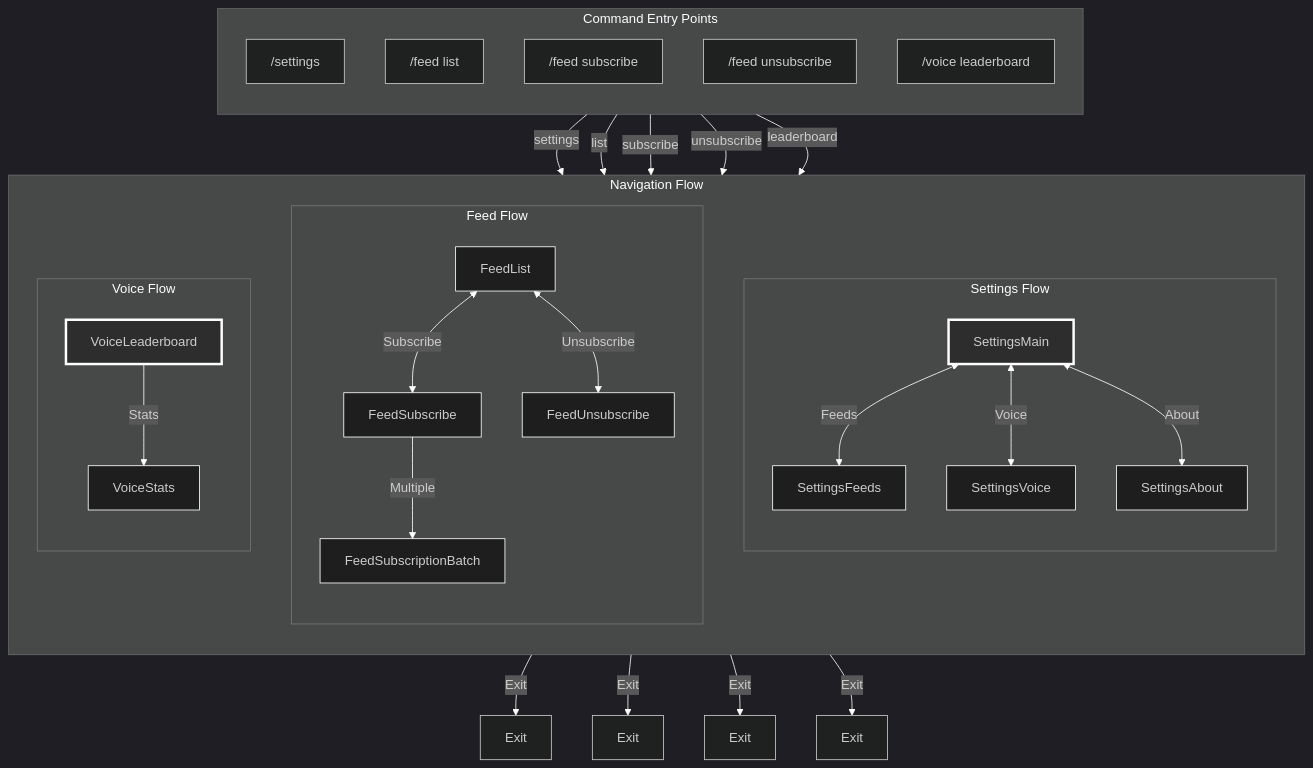
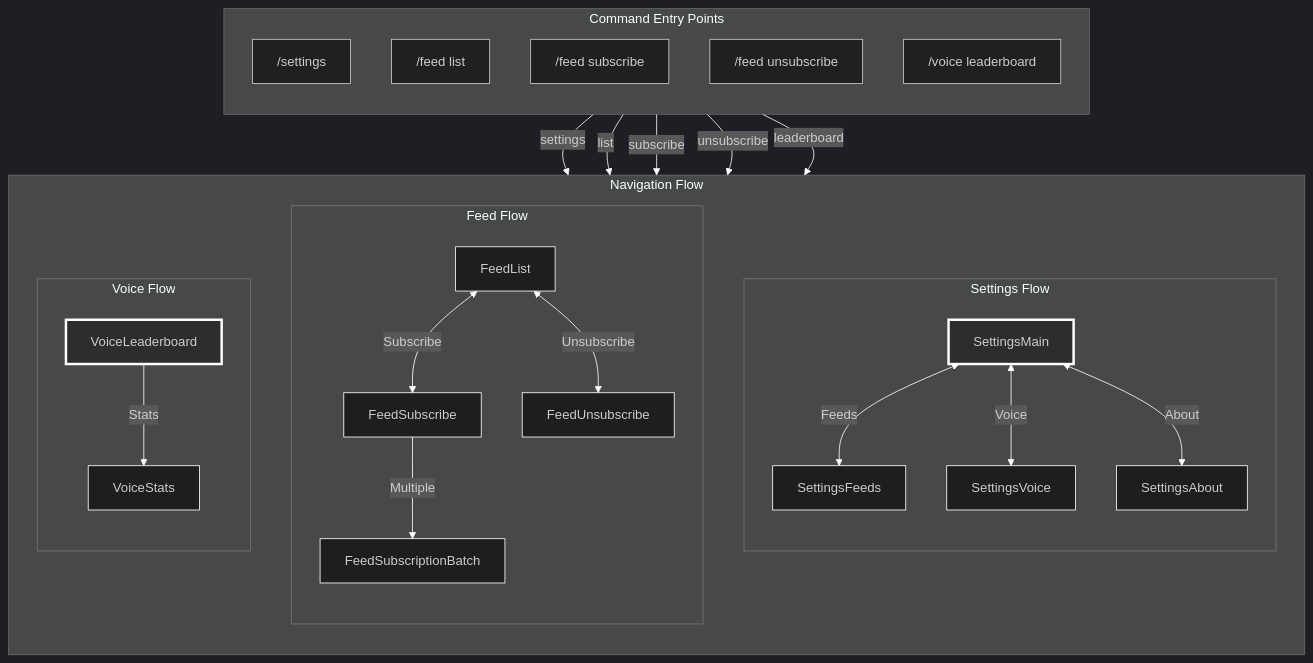
Before and after one commit to FAZuH/pwr-bot: the diagram in docs/diagrams/architecture-view-flow.mmd, drawn with Mermaid. The commit also changed 13 other files, not shown here.

```diff
--- a/docs/diagrams/architecture-view-flow.mmd
+++ b/docs/diagrams/architecture-view-flow.mmd
@@ -1,81 +1,76 @@
 %%{init: {
   'theme': 'dark',
   'themeVariables': {
     'primaryColor': '#1e1e1e',
     'primaryTextColor': '#ffffff',
     'primaryBorderColor': '#ffffff',
     'lineColor': '#ffffff',
     'secondaryColor': '#2d2d2d',
     'tertiaryColor': '#1e1e1e',
     'noteBkgColor': '#2d2d2d',
     'noteTextColor': '#ffffff',
     'noteBorderColor': '#ffffff'
   }
 }}%%
 graph TB
     subgraph Commands["Command Entry Points"]
         direction TB
         SettingsCmd["/settings"]
         FeedListCmd["/feed list"]
         FeedSubCmd["/feed subscribe"]
         FeedUnsubCmd["/feed unsubscribe"]
         VoiceLBCmd["/voice leaderboard"]
     end
     
     subgraph Navigation["Navigation Flow"]
         direction TB
         
         subgraph SettingsFlow["Settings Flow"]
             direction TB
             SettingsMain["SettingsMain"]
             SettingsFeeds["SettingsFeeds"]
             SettingsVoice["SettingsVoice"]
             SettingsAbout["SettingsAbout"]
             
             SettingsMain <-->|Feeds| SettingsFeeds
             SettingsMain <-->|Voice| SettingsVoice
             SettingsMain <-->|About| SettingsAbout
         end
         
         subgraph FeedFlow["Feed Flow"]
             direction TB
             FeedList["FeedList"]
             FeedSubscribe["FeedSubscribe"]
             FeedUnsubscribe["FeedUnsubscribe"]
             FeedBatch["FeedSubscriptionBatch"]
             
             FeedList <-->|Subscribe| FeedSubscribe
             FeedList <-->|Unsubscribe| FeedUnsubscribe
             FeedSubscribe -->|Multiple| FeedBatch
         end
         
         subgraph VoiceFlow["Voice Flow"]
             direction TB
             VoiceLeaderboard["VoiceLeaderboard"]
             VoiceStats["VoiceStats"]
             
             VoiceLeaderboard -->|Stats| VoiceStats
         end
     end
     
     Commands -->|settings| SettingsMain
     Commands -->|list| FeedList
     Commands -->|subscribe| FeedSubscribe
     Commands -->|unsubscribe| FeedUnsubscribe
     Commands -->|leaderboard| VoiceLeaderboard
     
-    SettingsMain -->|Exit| Exit1[Exit]
-    FeedList -->|Exit| Exit2[Exit]
-    FeedSubscribe -->|Exit| Exit3[Exit]
-    VoiceLeaderboard -->|Exit| Exit4[Exit]
-    
     style SettingsMain fill:#2d2d2d,stroke:#ffffff,stroke-width:3px
     style SettingsFeeds fill:#1e1e1e,stroke:#ffffff
     style SettingsVoice fill:#1e1e1e,stroke:#ffffff
     style SettingsAbout fill:#1e1e1e,stroke:#ffffff
     style FeedList fill:#1e1e1e,stroke:#ffffff
     style FeedSubscribe fill:#1e1e1e,stroke:#ffffff
     style FeedUnsubscribe fill:#1e1e1e,stroke:#ffffff
     style FeedBatch fill:#1e1e1e,stroke:#ffffff
     style VoiceLeaderboard fill:#2d2d2d,stroke:#ffffff,stroke-width:3px
     style VoiceStats fill:#1e1e1e,stroke:#ffffff
```
